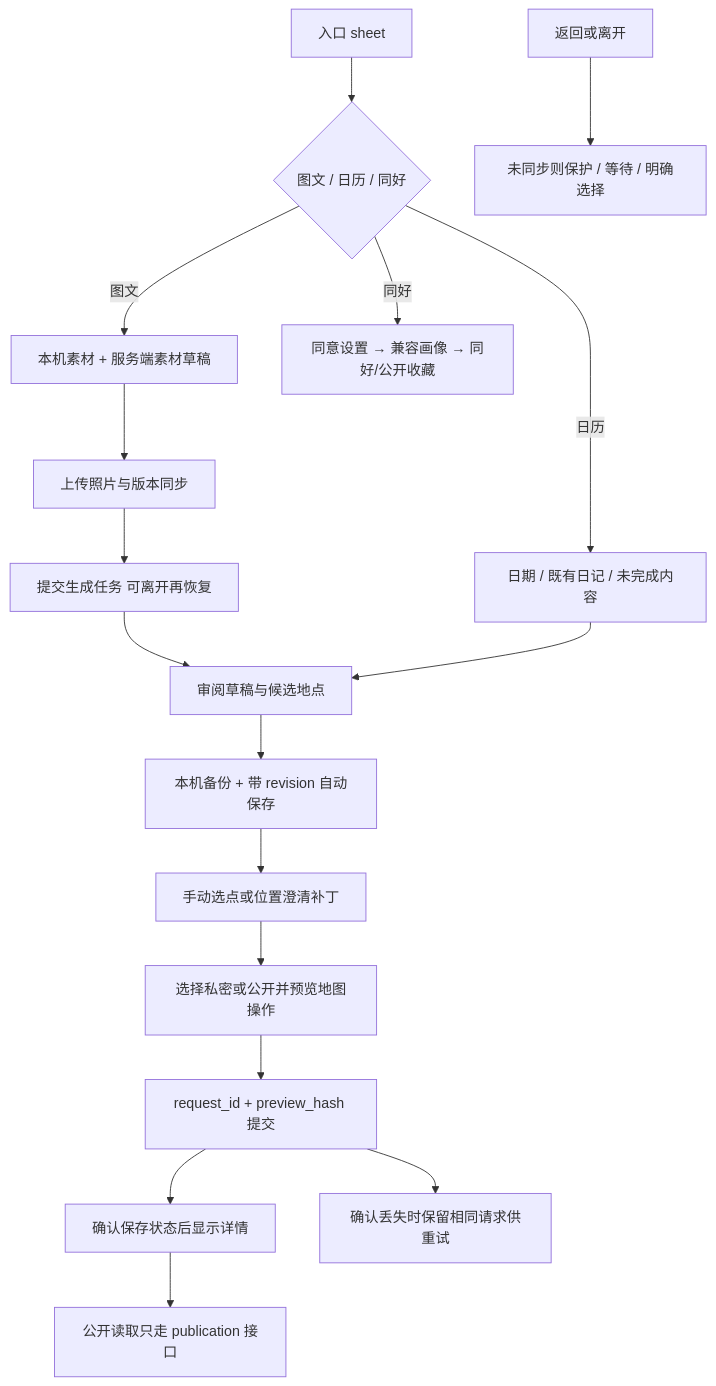
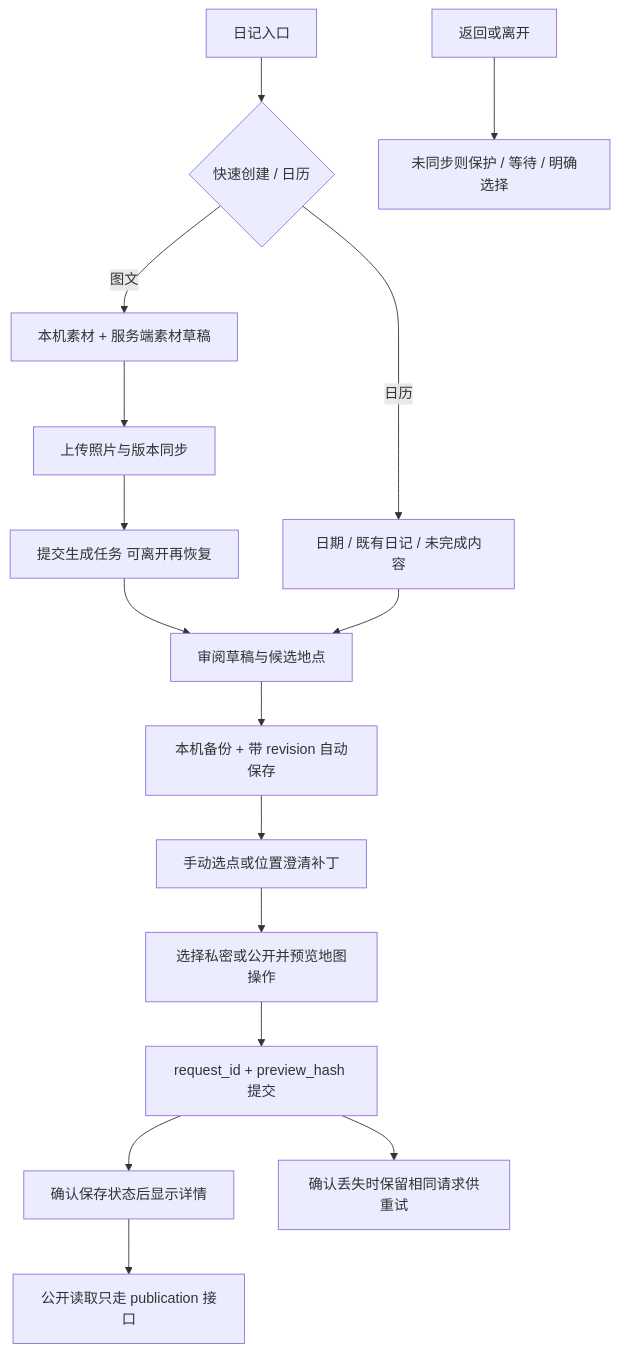
The diagram in frontend/src/journey/doc/README.md (DinnerpartyFoodMap/dinnerparty_community), drawn with Mermaid before and after one commit. The commit also changed other lines of this file and 182 other files, not shown here.

````diff
--- a/frontend/src/journey/doc/README.md
+++ b/frontend/src/journey/doc/README.md
@@ -5,19 +5,18 @@
 ```mermaid
 flowchart TD
-    Entry[入口 sheet] --> Mode{图文 / 日历 / 同好}
+    Entry[日记入口] --> Mode{快速创建 / 日历}
     Mode -->|图文| Compose[本机素材 + 服务端素材草稿]
     Compose --> Sync[上传照片与版本同步]
     Sync --> Job[提交生成任务 可离开再恢复]
     Job --> Review[审阅草稿与候选地点]
     Mode -->|日历| Calendar[日期 / 既有日记 / 未完成内容]
     Calendar --> Review
     Review --> Local[本机备份 + 带 revision 自动保存]
     Local --> Resolve[手动选点或位置澄清补丁]
     Resolve --> Preview[选择私密或公开并预览地图操作]
     Preview --> Commit[request_id + preview_hash 提交]
     Commit --> Saved[确认保存状态后显示详情]
     Commit --> Unknown[确认丢失时保留相同请求供重试]
     Saved --> Public[公开读取只走 publication 接口]
     Leave[返回或离开] --> Protect[未同步则保护 / 等待 / 明确选择]
-    Mode -->|同好| Consent[同意设置 → 兼容画像 → 同好/公开收藏]
 ```
````
